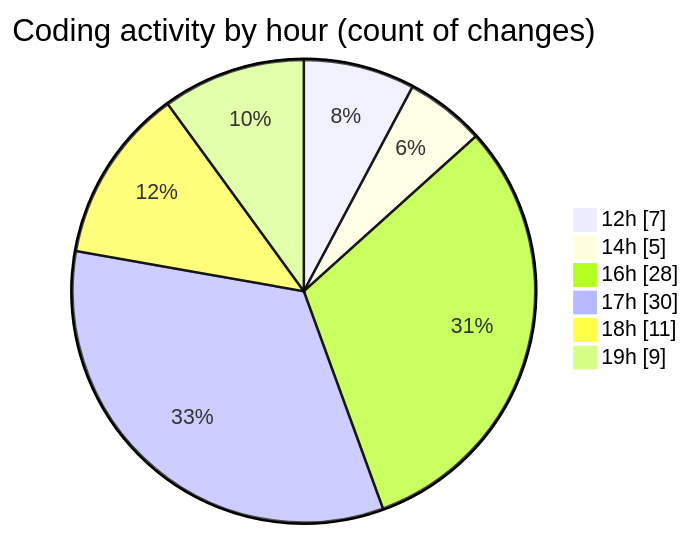
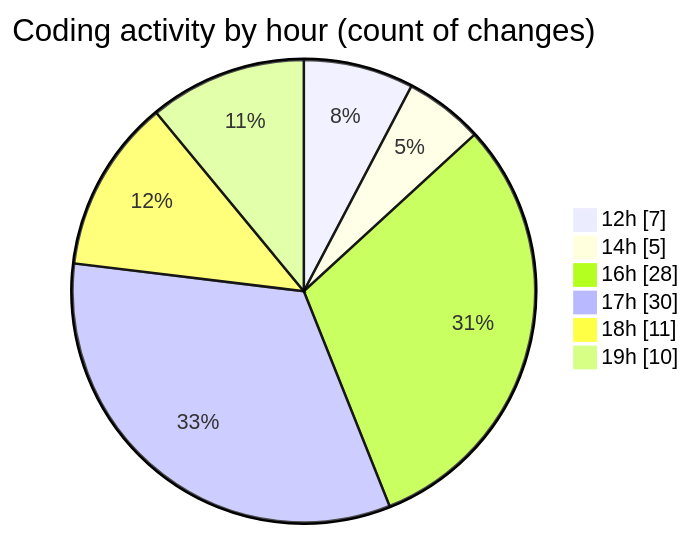
The second of 2 diagrams in 2025-10-06/eventscop-frontend-guide__workspace_/README.md (julien-gomy/code-tracking), drawn with Mermaid before and after one commit. The commit also changed other lines of this file and 1 other file, not shown here.

````diff
--- a/2025-10-06/eventscop-frontend-guide__workspace_/README.md
+++ b/2025-10-06/eventscop-frontend-guide__workspace_/README.md
@@ -60,10 +60,10 @@
 ```mermaid
 pie showData
 title Coding activity by hour (count of changes)
 "12h" : 7
 "14h" : 5
 "16h" : 28
 "17h" : 30
 "18h" : 11
-"19h" : 9
+"19h" : 10
 ```
````
